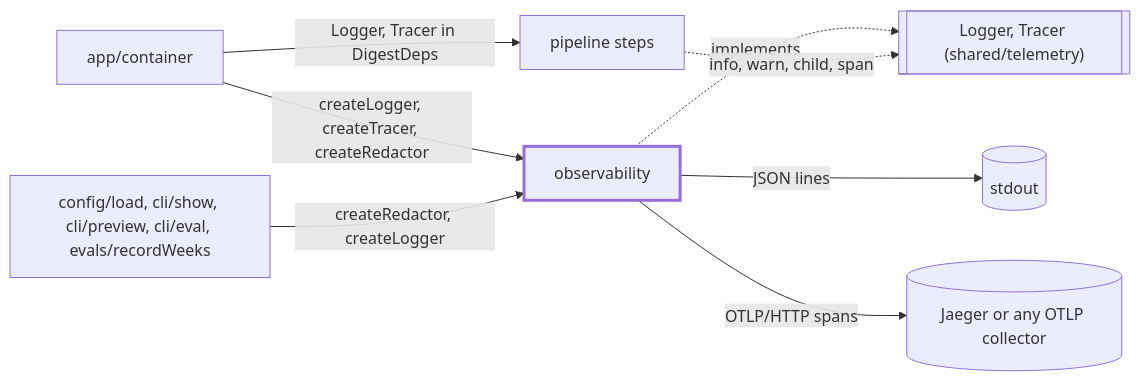
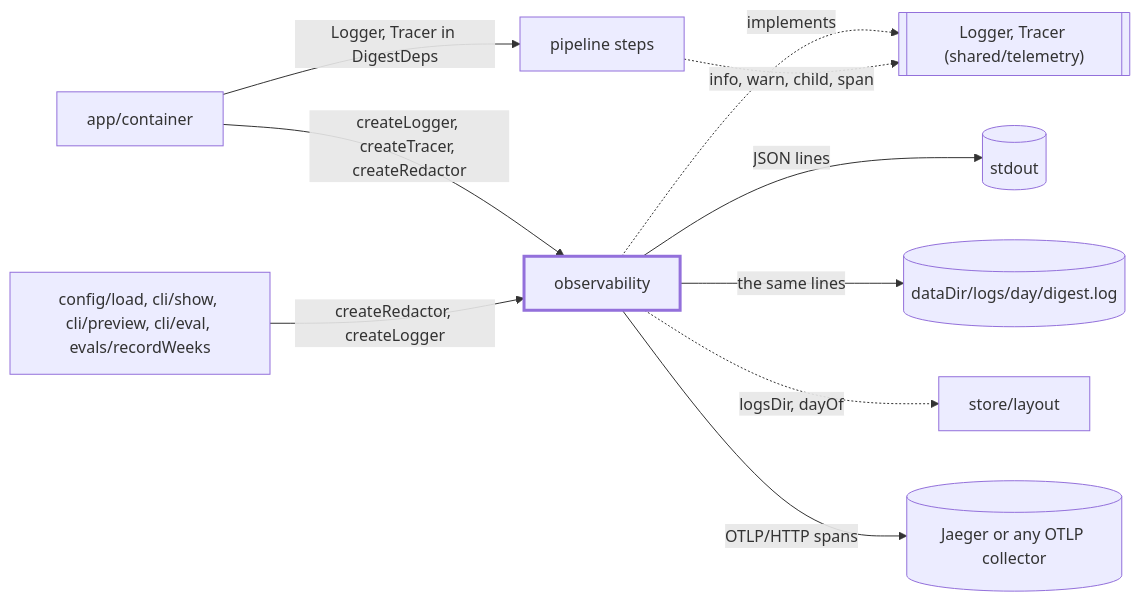
The first of 2 diagrams in src/observability/CLAUDE.md (odere-pro/weekly-engineering-digest-agent), drawn with Mermaid before and after one commit. The commit also changed other lines of this file and 133 other files, not shown here.

````diff
--- a/src/observability/CLAUDE.md
+++ b/src/observability/CLAUDE.md
@@ -9,11 +10,13 @@
 ```mermaid
 flowchart LR
   container["app/container"] -->|"createLogger, createTracer, createRedactor"| obs["observability"]:::focus
   others["config/load, cli/show, cli/preview, cli/eval, evals/recordWeeks"] -->|"createRedactor, createLogger"| obs
   obs -.->|"implements"| telemetry[["Logger, Tracer (shared/telemetry)"]]
   container -->|"Logger, Tracer in DigestDeps"| pipeline["pipeline steps"]
   pipeline -.->|"info, warn, child, span"| telemetry
   obs -->|"JSON lines"| stdout[("stdout")]
+  obs -->|"the same lines"| logfile[("dataDir/logs/day/digest.log")]
+  obs -.->|"logsDir, dayOf"| layout["store/layout"]
   obs -->|"OTLP/HTTP spans"| otlp[("Jaeger or any OTLP collector")]
   classDef focus stroke-width:3px
 ```
````
